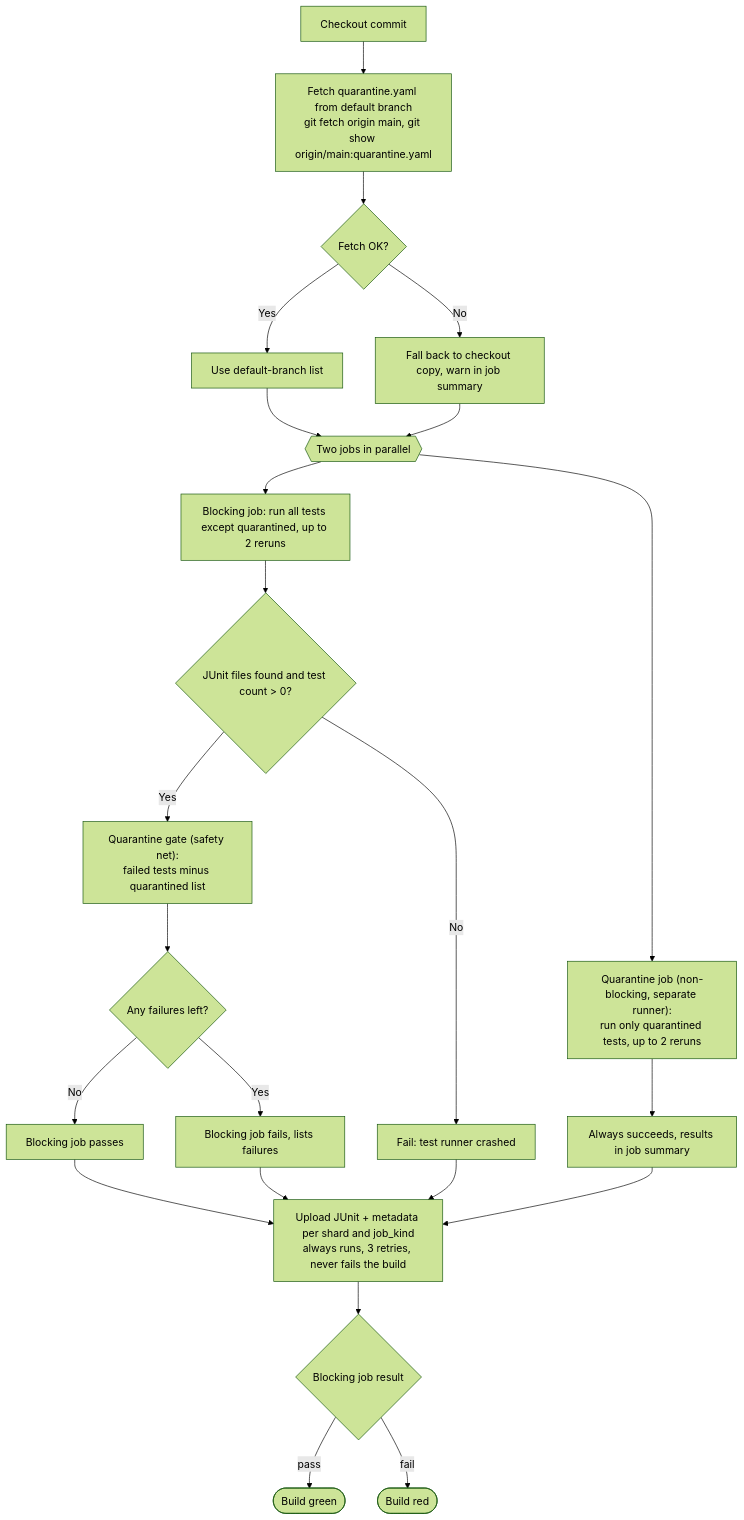
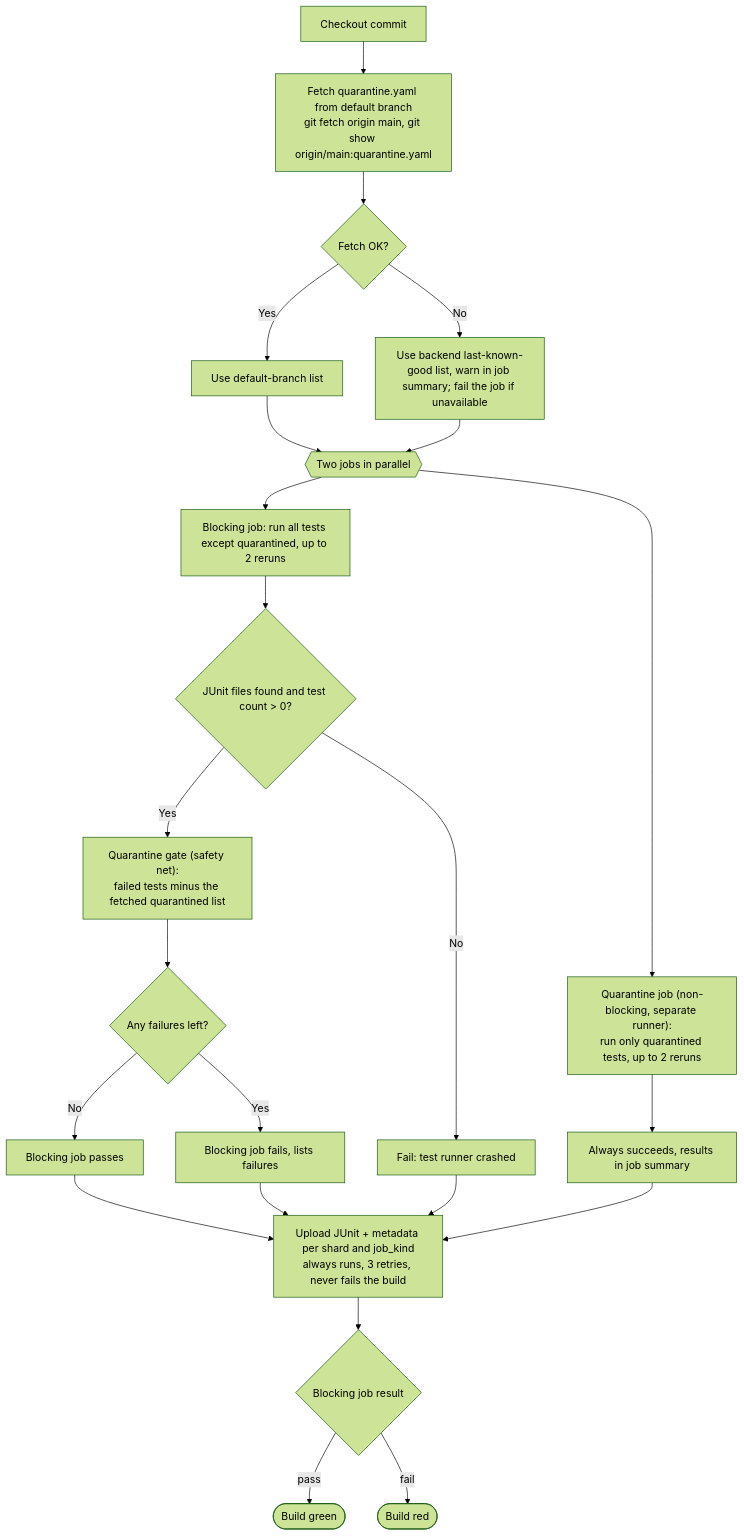
One commit to IrynaShkvirko/quarantine-tests changed the second of 4 diagrams in docs-site/content/docs/architecture/ci-cd-flows.mdx. Above: the diagram before and after it, drawn with Mermaid (forest theme). The commit also changed other lines of this file and 16 other files, not shown here.

````diff
--- a/docs-site/content/docs/architecture/ci-cd-flows.mdx
+++ b/docs-site/content/docs/architecture/ci-cd-flows.mdx
@@ -97,29 +97,29 @@
 ```mermaid
 flowchart TD
   A[Checkout commit] --> B["Fetch quarantine.yaml from default branch<br/>git fetch origin main, git show origin/main:quarantine.yaml"]
   B --> B1{Fetch OK?}
   B1 -- Yes --> C[Use default-branch list]
-  B1 -- No --> C2[Fall back to checkout copy, warn in job summary]
+  B1 -- No --> C2["Use backend last-known-good list, warn in job summary; fail the job if unavailable"]
   C --> SPLIT
   C2 --> SPLIT
   SPLIT{{Two jobs in parallel}}
 
   SPLIT --> J1[Blocking job: run all tests except quarantined, up to 2 reruns]
   J1 --> D{JUnit files found and test count > 0?}
   D -- No --> X[Fail: test runner crashed]
-  D -- Yes --> E["Quarantine gate (safety net):<br/>failed tests minus quarantined list"]
+  D -- Yes --> E["Quarantine gate (safety net):<br/>failed tests minus the fetched quarantined list"]
   E --> F{Any failures left?}
   F -- No --> G[Blocking job passes]
   F -- Yes --> H[Blocking job fails, lists failures]
 
   SPLIT --> J2["Quarantine job (non-blocking, separate runner):<br/>run only quarantined tests, up to 2 reruns"]
   J2 --> J2a[Always succeeds, results in job summary]
 
   G --> U[Upload JUnit + metadata per shard and job_kind<br/>always runs, 3 retries, never fails the build]
   H --> U
   X --> U
   J2a --> U
   U --> Z{Blocking job result}
   Z -- pass --> OK([Build green])
   Z -- fail --> KO([Build red])
 ```
````
